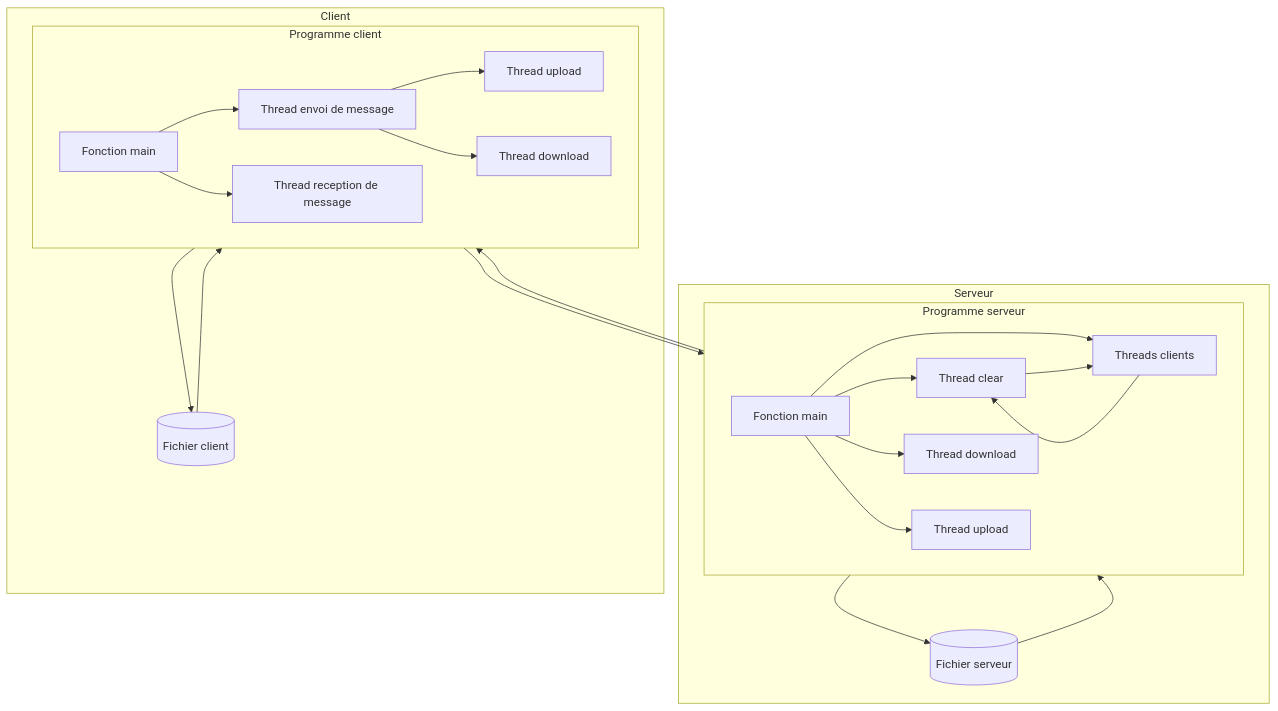
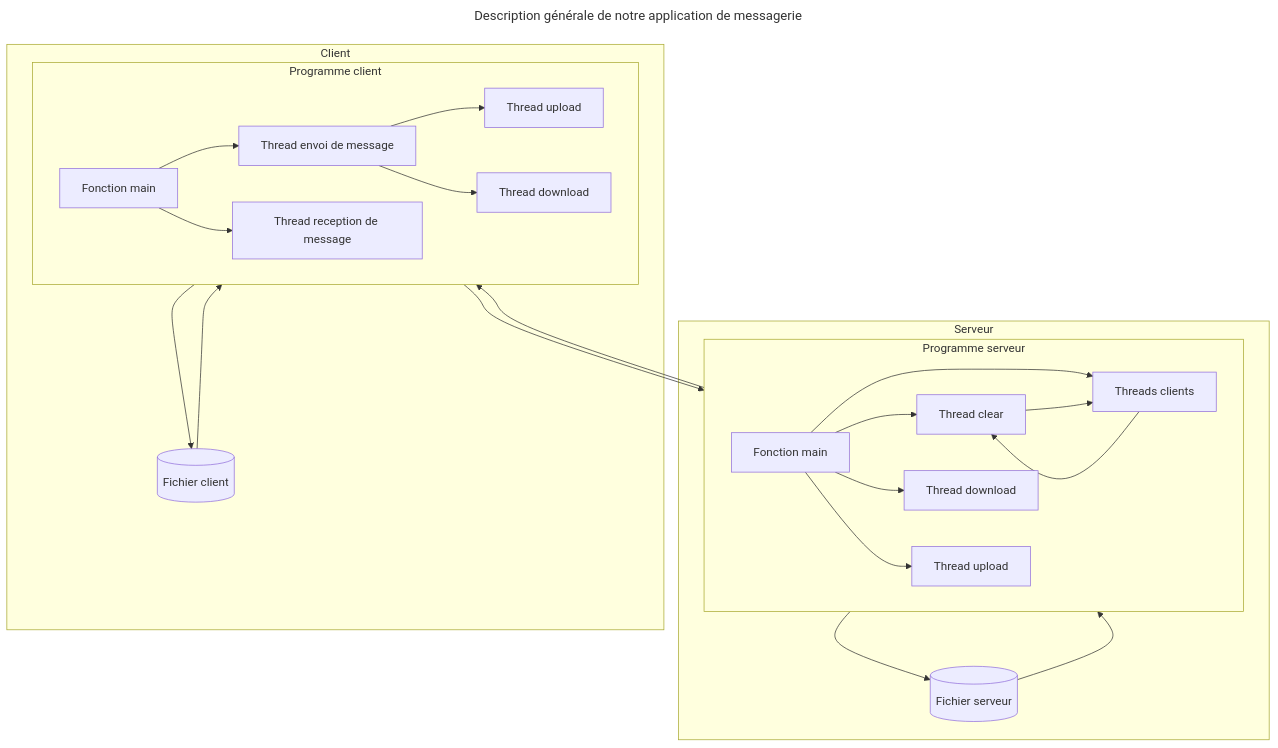
The first of 2 diagrams in sprint4/README.md (TAIP25/ig3_projet_far), drawn with Mermaid before and after one commit. The commit also changed 1 other file, not shown here.

Commit message:
Dernière modif des readme

````diff
--- a/sprint4/README.md
+++ b/sprint4/README.md
@@ -90,39 +90,42 @@
 ```mermaid
+---
+title: Description générale de notre application de messagerie
+---
 flowchart TB
     
     programmeServeur --> programmeclient
     programmeclient --> programmeServeur
     
 
     subgraph Serveur
 
         programmeServeur --> fichierserveur
         fichierserveur --> programmeServeur
         
         subgraph programmeServeur[Programme serveur]
             sThreadClear --> sThreadClient
             sThreadClient --> sThreadClear
             sThreadPrincipal --> sThreadClient[Threads clients]            
             sThreadPrincipal --> sThreadClear[Thread clear]            
             sThreadPrincipal[Fonction main] --> sThreadDownload[Thread download]            
             sThreadPrincipal --> sThreadUpload[Thread upload] 
         end
 
         fichierserveur[(Fichier serveur)]
     end
 
     subgraph Client
 
         programmeclient --> fichierclient
         fichierclient --> programmeclient
 
         subgraph programmeclient[Programme client]
             cThreadMSGSend --> cThreadUpload[Thread upload]
             cThreadMSGSend --> cThreadDownload[Thread download]
             cThreadPrincipal[Fonction main] --> cThreadMSGSend[Thread envoi de message]
             cThreadPrincipal --> cThreadMSGReceive[Thread reception de message]
         end
 
         fichierclient[(Fichier client)]
     end
 ```
````
